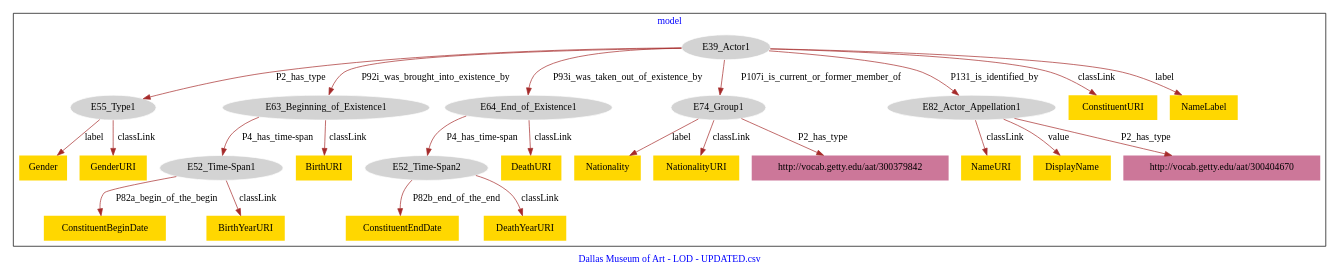
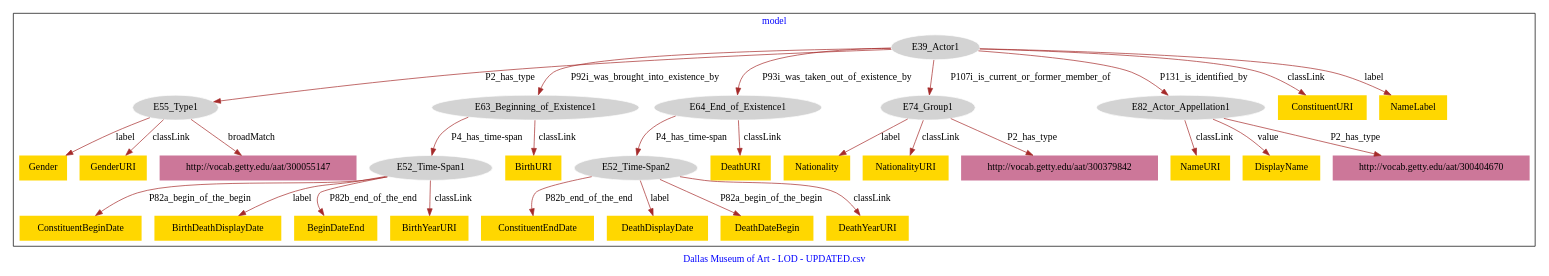
One commit to american-art/DMA changed the diagram in Constituents/DMA_Constituents-model.dot. Above: the diagram before and after it, drawn with Graphviz.

Commit message:
Update file DMA_Constituents-model.dot

```diff
--- a/Constituents/DMA_Constituents-model.dot
+++ b/Constituents/DMA_Constituents-model.dot
@@ -1,55 +1,65 @@
 digraph n0 {
 fontcolor="blue"
 remincross="true"
 label="Dallas Museum of Art - LOD - UPDATED.csv"
 subgraph cluster {
 label="model"
 n2[style="filled",color="white",fillcolor="lightgray",label="E39_Actor1"];
 n3[style="filled",color="white",fillcolor="lightgray",label="E55_Type1"];
 n4[style="filled",color="white",fillcolor="lightgray",label="E63_Beginning_of_Existence1"];
 n5[style="filled",color="white",fillcolor="lightgray",label="E64_End_of_Existence1"];
 n6[style="filled",color="white",fillcolor="lightgray",label="E74_Group1"];
 n7[style="filled",color="white",fillcolor="lightgray",label="E82_Actor_Appellation1"];
 n8[style="filled",color="white",fillcolor="lightgray",label="E52_Time-Span1"];
 n9[style="filled",color="white",fillcolor="lightgray",label="E52_Time-Span2"];
 n10[shape="plaintext",style="filled",fillcolor="gold",label="Nationality"];
 n11[shape="plaintext",style="filled",fillcolor="gold",label="ConstituentBeginDate"];
-n12[shape="plaintext",style="filled",fillcolor="gold",label="NameURI"];
-n13[shape="plaintext",style="filled",fillcolor="gold",label="DisplayName"];
-n14[shape="plaintext",style="filled",fillcolor="gold",label="Gender"];
-n15[shape="plaintext",style="filled",fillcolor="gold",label="ConstituentURI"];
-n16[shape="plaintext",style="filled",fillcolor="gold",label="ConstituentEndDate"];
-n17[shape="plaintext",style="filled",fillcolor="gold",label="BirthYearURI"];
-n18[shape="plaintext",style="filled",fillcolor="gold",label="BirthURI"];
-n19[shape="plaintext",style="filled",fillcolor="gold",label="NationalityURI"];
-n20[shape="plaintext",style="filled",fillcolor="gold",label="GenderURI"];
-n21[shape="plaintext",style="filled",fillcolor="gold",label="DeathURI"];
-n22[shape="plaintext",style="filled",fillcolor="gold",label="NameLabel"];
-n23[shape="plaintext",style="filled",fillcolor="gold",label="DeathYearURI"];
-n24[shape="plaintext",style="filled",fillcolor="#CC7799",label="http://vocab.getty.edu/aat/300379842"];
-n25[shape="plaintext",style="filled",fillcolor="#CC7799",label="http://vocab.getty.edu/aat/300404670"];
+n12[shape="plaintext",style="filled",fillcolor="gold",label="BirthDeathDisplayDate"];
+n13[shape="plaintext",style="filled",fillcolor="gold",label="NameURI"];
+n14[shape="plaintext",style="filled",fillcolor="gold",label="DisplayName"];
+n15[shape="plaintext",style="filled",fillcolor="gold",label="Gender"];
+n16[shape="plaintext",style="filled",fillcolor="gold",label="BeginDateEnd"];
+n17[shape="plaintext",style="filled",fillcolor="gold",label="ConstituentURI"];
+n18[shape="plaintext",style="filled",fillcolor="gold",label="ConstituentEndDate"];
+n19[shape="plaintext",style="filled",fillcolor="gold",label="BirthYearURI"];
+n20[shape="plaintext",style="filled",fillcolor="gold",label="BirthURI"];
+n21[shape="plaintext",style="filled",fillcolor="gold",label="DeathDisplayDate"];
+n22[shape="plaintext",style="filled",fillcolor="gold",label="GenderURI"];
+n23[shape="plaintext",style="filled",fillcolor="gold",label="NationalityURI"];
+n24[shape="plaintext",style="filled",fillcolor="gold",label="NameLabel"];
+n25[shape="plaintext",style="filled",fillcolor="gold",label="DeathURI"];
+n26[shape="plaintext",style="filled",fillcolor="gold",label="DeathDateBegin"];
+n27[shape="plaintext",style="filled",fillcolor="gold",label="DeathYearURI"];
+n28[shape="plaintext",style="filled",fillcolor="#CC7799",label="http://vocab.getty.edu/aat/300404670"];
+n29[shape="plaintext",style="filled",fillcolor="#CC7799",label="http://vocab.getty.edu/aat/300379842"];
+n30[shape="plaintext",style="filled",fillcolor="#CC7799",label="http://vocab.getty.edu/aat/300055147"];
 }
 n2 -> n3[color="brown",fontcolor="black",label="P2_has_type"]
 n2 -> n4[color="brown",fontcolor="black",label="P92i_was_brought_into_existence_by"]
 n2 -> n5[color="brown",fontcolor="black",label="P93i_was_taken_out_of_existence_by"]
 n2 -> n6[color="brown",fontcolor="black",label="P107i_is_current_or_former_member_of"]
 n2 -> n7[color="brown",fontcolor="black",label="P131_is_identified_by"]
 n4 -> n8[color="brown",fontcolor="black",label="P4_has_time-span"]
 n5 -> n9[color="brown",fontcolor="black",label="P4_has_time-span"]
 n6 -> n10[color="brown",fontcolor="black",label="label"]
 n8 -> n11[color="brown",fontcolor="black",label="P82a_begin_of_the_begin"]
-n7 -> n12[color="brown",fontcolor="black",label="classLink"]
-n7 -> n13[color="brown",fontcolor="black",label="value"]
-n3 -> n14[color="brown",fontcolor="black",label="label"]
-n2 -> n15[color="brown",fontcolor="black",label="classLink"]
-n9 -> n16[color="brown",fontcolor="black",label="P82b_end_of_the_end"]
-n8 -> n17[color="brown",fontcolor="black",label="classLink"]
-n4 -> n18[color="brown",fontcolor="black",label="classLink"]
-n6 -> n19[color="brown",fontcolor="black",label="classLink"]
-n3 -> n20[color="brown",fontcolor="black",label="classLink"]
-n5 -> n21[color="brown",fontcolor="black",label="classLink"]
-n2 -> n22[color="brown",fontcolor="black",label="label"]
-n9 -> n23[color="brown",fontcolor="black",label="classLink"]
-n6 -> n24[color="brown",fontcolor="black",label="P2_has_type"]
-n7 -> n25[color="brown",fontcolor="black",label="P2_has_type"]
+n8 -> n12[color="brown",fontcolor="black",label="label"]
+n7 -> n13[color="brown",fontcolor="black",label="classLink"]
+n7 -> n14[color="brown",fontcolor="black",label="value"]
+n3 -> n15[color="brown",fontcolor="black",label="label"]
+n8 -> n16[color="brown",fontcolor="black",label="P82b_end_of_the_end"]
+n2 -> n17[color="brown",fontcolor="black",label="classLink"]
+n9 -> n18[color="brown",fontcolor="black",label="P82b_end_of_the_end"]
+n8 -> n19[color="brown",fontcolor="black",label="classLink"]
+n4 -> n20[color="brown",fontcolor="black",label="classLink"]
+n9 -> n21[color="brown",fontcolor="black",label="label"]
+n3 -> n22[color="brown",fontcolor="black",label="classLink"]
+n6 -> n23[color="brown",fontcolor="black",label="classLink"]
+n2 -> n24[color="brown",fontcolor="black",label="label"]
+n5 -> n25[color="brown",fontcolor="black",label="classLink"]
+n9 -> n26[color="brown",fontcolor="black",label="P82a_begin_of_the_begin"]
+n9 -> n27[color="brown",fontcolor="black",label="classLink"]
+n7 -> n28[color="brown",fontcolor="black",label="P2_has_type"]
+n6 -> n29[color="brown",fontcolor="black",label="P2_has_type"]
+n3 -> n30[color="brown",fontcolor="black",label="broadMatch"]
 }
```
